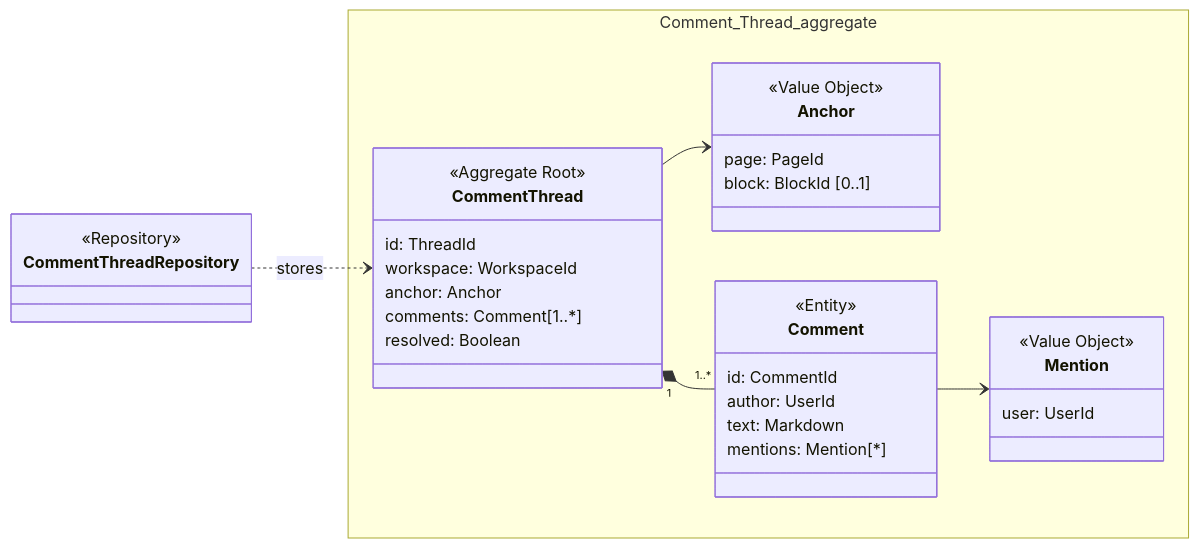
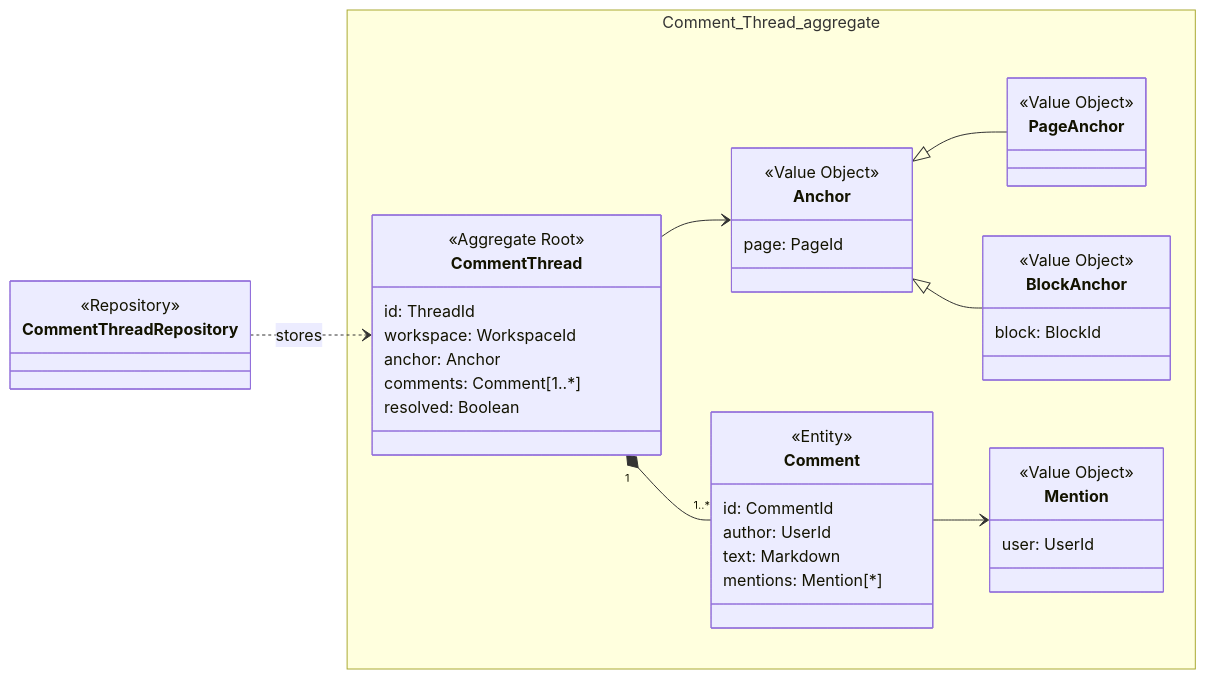
Before and after one commit to Bending-Forks/gotion: the fourth of 5 diagrams in _includes/tactical-design.md, drawn with Mermaid. The commit also changed other lines of this file and 3 other files, not shown here.

````diff
--- a/_includes/tactical-design.md
+++ b/_includes/tactical-design.md
@@ -339,37 +365,45 @@
 ```mermaid
 classDiagram
   direction LR
   namespace Comment_Thread_aggregate {
     class CommentThread {
       <<Aggregate Root>>
       id: ThreadId
       workspace: WorkspaceId
       anchor: Anchor
       comments: Comment[1..*]
       resolved: Boolean
     }
     class Anchor {
       <<Value Object>>
       page: PageId
-      block: BlockId [0..1]
+    }
+    class PageAnchor {
+      <<Value Object>>
+    }
+    class BlockAnchor {
+      <<Value Object>>
+      block: BlockId
     }
     class Comment {
       <<Entity>>
       id: CommentId
       author: UserId
       text: Markdown
       mentions: Mention[*]
     }
     class Mention {
       <<Value Object>>
       user: UserId
     }
   }
   class CommentThreadRepository {
     <<Repository>>
   }
   CommentThread --> Anchor
+  Anchor <|-- PageAnchor
+  Anchor <|-- BlockAnchor
   CommentThread "1" *-- "1..*" Comment
   Comment --> Mention
   CommentThreadRepository ..> CommentThread : stores
 ```
````
